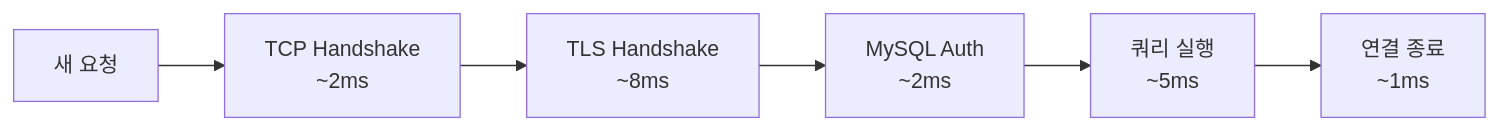
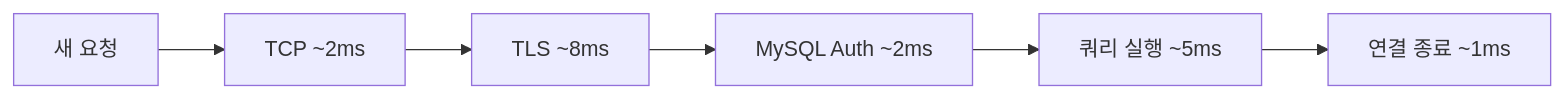
The first of 7 diagrams in _posts/db/2026-05-01-db-connection-pool.md (yjkim2015/yjkim2015.github.io), drawn with Mermaid before and after one commit. The commit also changed other lines of this file and 245 other files, not shown here.

First line of the commit message:
Mermaid 다이어그램 전면 수정 + 면접 포인트 접기/펼치기 + DB 데드락 페이지

````diff
--- a/_posts/db/2026-05-01-db-connection-pool.md
+++ b/_posts/db/2026-05-01-db-connection-pool.md
@@ -79,8 +79,8 @@
 ```mermaid
 graph LR
-    A[새 요청] --> B[TCP Handshake<br/>~2ms]
-    B --> C[TLS Handshake<br/>~8ms]
-    C --> D[MySQL Auth<br/>~2ms]
-    D --> E[쿼리 실행<br/>~5ms]
-    E --> F[연결 종료<br/>~1ms]
+    A["새 요청"] --> B["TCP ~2ms"]
+    B --> C["TLS ~8ms"]
+    C --> D["MySQL Auth ~2ms"]
+    D --> E["쿼리 실행 ~5ms"]
+    E --> F["연결 종료 ~1ms"]
 ```
````
